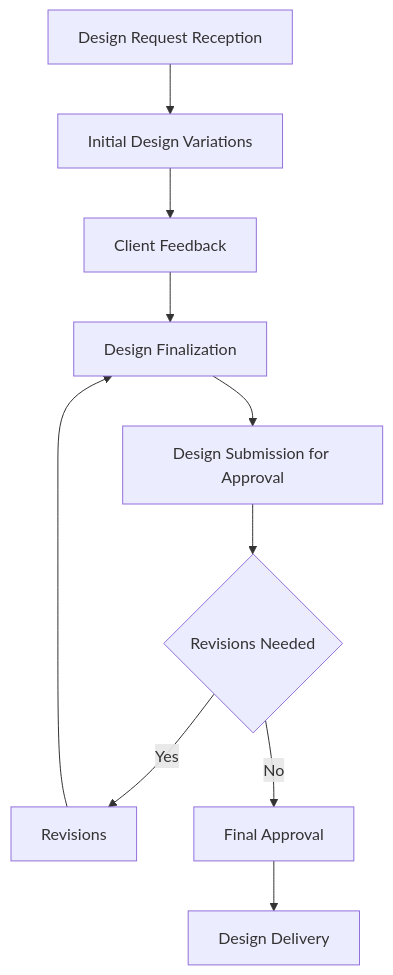
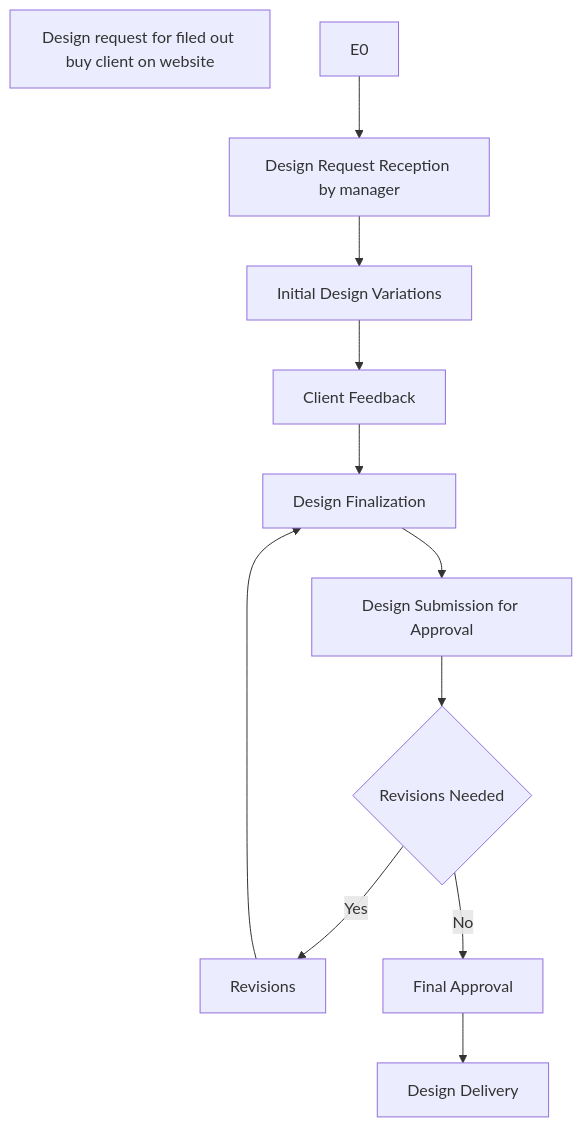
Before and after one commit to TyGrim13/4WinnerFlows: the fourth of 9 diagrams in README.md, drawn with Mermaid.

````diff
--- a/README.md
+++ b/README.md
@@ -117,23 +117,25 @@
 ```mermaid
 flowchart TD
-    E1[Design Request Reception]
+    E-0[Design request for filed out buy client on website]
+    E1[Design Request Reception by manager]
     E2[Initial Design Variations]
     E3[Client Feedback]
     E4[Design Finalization]
     E5[Design Submission for Approval]
     E5a{Revisions Needed}
     E5b[Revisions]
     E6[Final Approval]
     E7[Design Delivery]
 
+    E0 --> E1
     E1 --> E2
     E2 --> E3
     E3 --> E4
     E4 --> E5
     E5 --> E5a
     E5a -->|Yes| E5b
     E5a -->|No| E6
     E5b --> E4
     E6 --> E7
 
 ```
````
